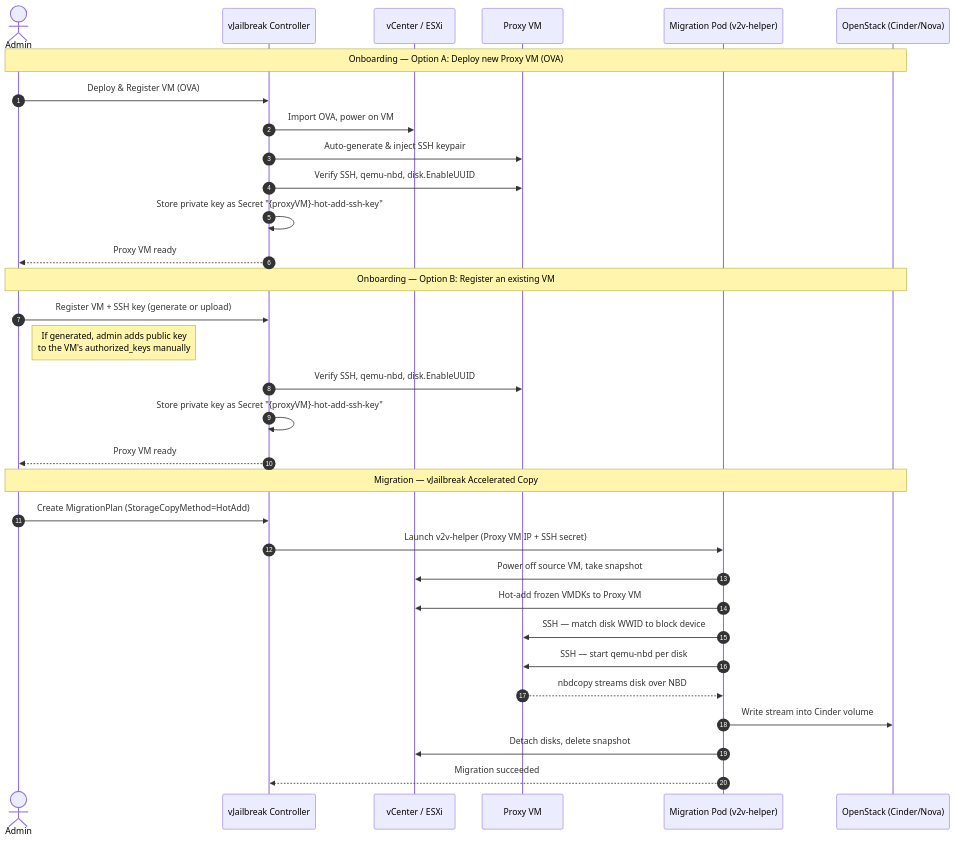
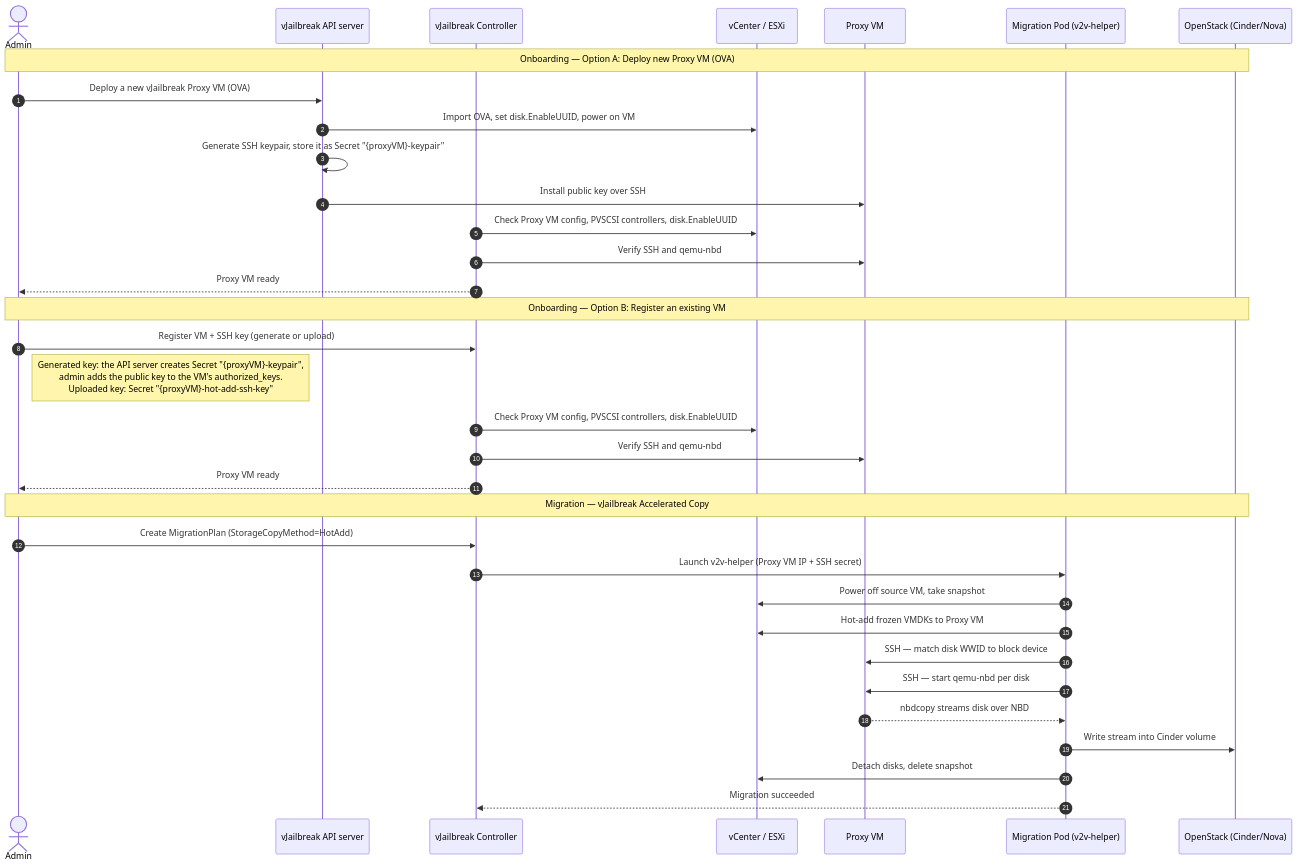
Before and after one commit to platform9/vjailbreak: the second of 2 diagrams in docs/src/content/docs/concepts/vjailbreak-accelerated-copy.md, drawn with Mermaid. The commit also changed other lines of this file and 314 other files, not shown here.

````diff
--- a/docs/src/content/docs/concepts/vjailbreak-accelerated-copy.md
+++ b/docs/src/content/docs/concepts/vjailbreak-accelerated-copy.md
@@ -353,37 +369,39 @@
 ```mermaid
 sequenceDiagram
     autonumber
     actor Admin
+    participant API as vJailbreak API server
     participant Ctrl as vJailbreak Controller
     participant vC as vCenter / ESXi
     participant Proxy as Proxy VM
     participant Pod as Migration Pod (v2v-helper)
     participant OS as OpenStack (Cinder/Nova)
 
     Note over Admin,OS: Onboarding — Option A: Deploy new Proxy VM (OVA)
-    Admin->>Ctrl: Deploy & Register VM (OVA)
-    Ctrl->>vC: Import OVA, power on VM
-    Ctrl->>Proxy: Auto-generate & inject SSH keypair
-    Ctrl->>Proxy: Verify SSH, qemu-nbd, disk.EnableUUID
-    Ctrl->>Ctrl: Store private key as Secret "{proxyVM}-hot-add-ssh-key"
+    Admin->>API: Deploy a new vJailbreak Proxy VM (OVA)
+    API->>vC: Import OVA, set disk.EnableUUID, power on VM
+    API->>API: Generate SSH keypair, store it as Secret "{proxyVM}-keypair"
+    API->>Proxy: Install public key over SSH
+    Ctrl->>vC: Check Proxy VM config, PVSCSI controllers, disk.EnableUUID
+    Ctrl->>Proxy: Verify SSH and qemu-nbd
     Ctrl-->>Admin: Proxy VM ready
 
     Note over Admin,OS: Onboarding — Option B: Register an existing VM
     Admin->>Ctrl: Register VM + SSH key (generate or upload)
-    Note right of Admin: If generated, admin adds public key<br/>to the VM's authorized_keys manually
-    Ctrl->>Proxy: Verify SSH, qemu-nbd, disk.EnableUUID
-    Ctrl->>Ctrl: Store private key as Secret "{proxyVM}-hot-add-ssh-key"
+    Note right of Admin: Generated key: the API server creates Secret "{proxyVM}-keypair",<br/>admin adds the public key to the VM's authorized_keys.<br/>Uploaded key: Secret "{proxyVM}-hot-add-ssh-key"
+    Ctrl->>vC: Check Proxy VM config, PVSCSI controllers, disk.EnableUUID
+    Ctrl->>Proxy: Verify SSH and qemu-nbd
     Ctrl-->>Admin: Proxy VM ready
 
     Note over Admin,OS: Migration — vJailbreak Accelerated Copy
     Admin->>Ctrl: Create MigrationPlan (StorageCopyMethod=HotAdd)
     Ctrl->>Pod: Launch v2v-helper (Proxy VM IP + SSH secret)
     Pod->>vC: Power off source VM, take snapshot
     Pod->>vC: Hot-add frozen VMDKs to Proxy VM
     Pod->>Proxy: SSH — match disk WWID to block device
     Pod->>Proxy: SSH — start qemu-nbd per disk
     Proxy-->>Pod: nbdcopy streams disk over NBD
     Pod->>OS: Write stream into Cinder volume
     Pod->>vC: Detach disks, delete snapshot
     Pod-->>Ctrl: Migration succeeded
 ```
````
